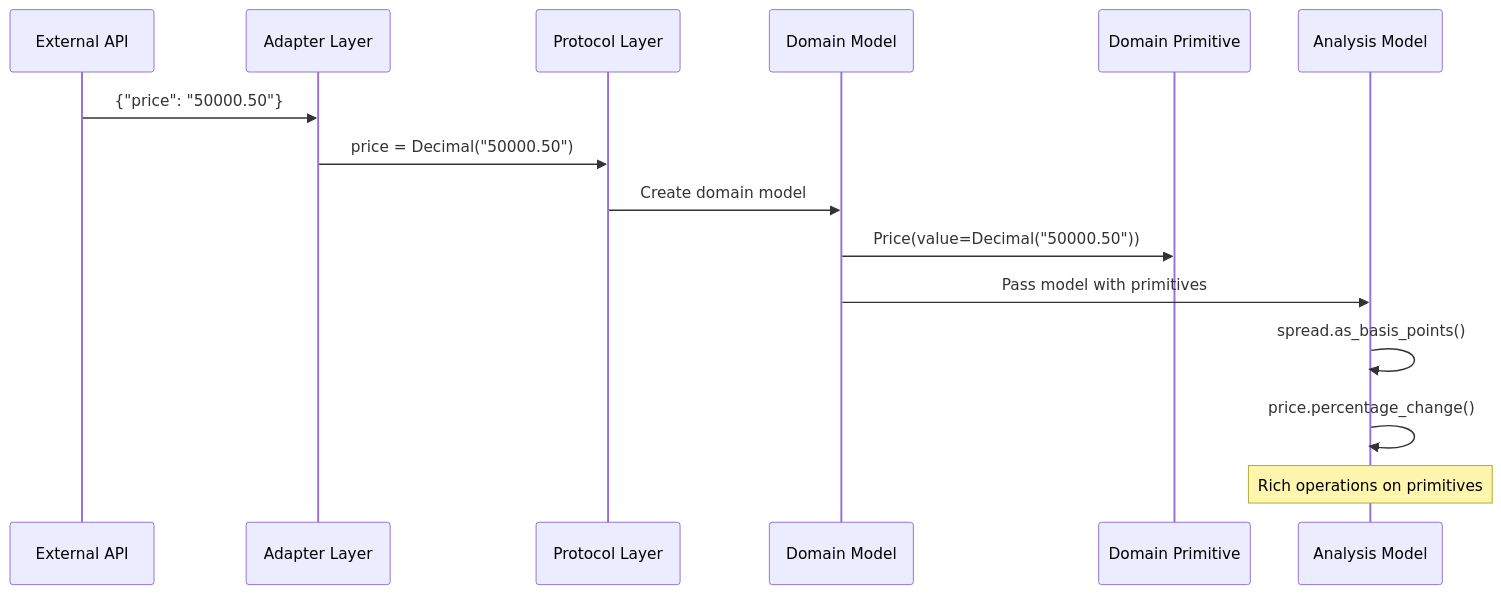
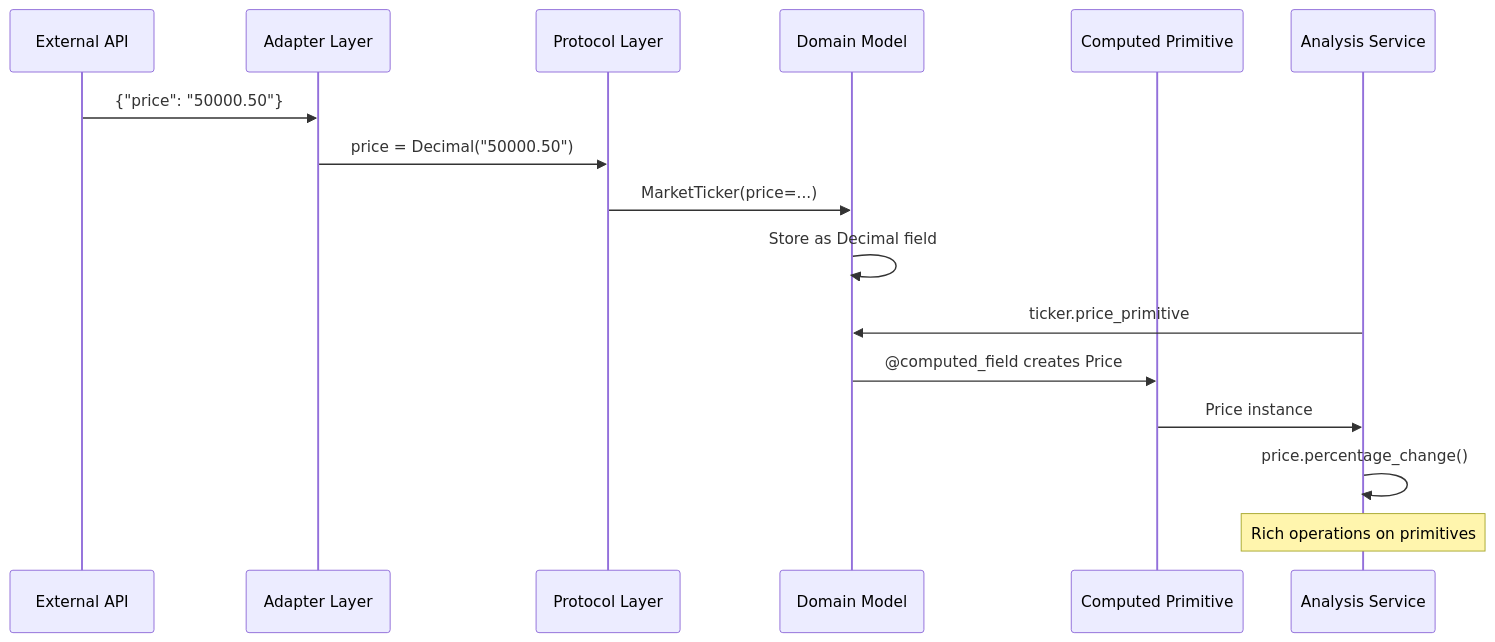
One commit to kylejtobin/cognitive-protocol-arch-market-service changed the fourth of 4 diagrams in docs/architecture/domain-primitives.md. Above: the diagram before and after it, drawn with Mermaid. The commit also changed other lines of this file and 3 other files, not shown here.

First line of the commit message:
feat: implement domain primitives with computed field pattern

````diff
--- a/docs/architecture/domain-primitives.md
+++ b/docs/architecture/domain-primitives.md
@@ -153,18 +198,19 @@
 ```mermaid
 sequenceDiagram
     participant API as External API
     participant Adapter as Adapter Layer
     participant Protocol as Protocol Layer
     participant Domain as Domain Model
-    participant Primitive as Domain Primitive
-    participant Analysis as Analysis Model
+    participant Primitive as Computed Primitive
+    participant Analysis as Analysis Service
 
     API->>Adapter: {"price": "50000.50"}
     Adapter->>Protocol: price = Decimal("50000.50")
-    Protocol->>Domain: Create domain model
-    Domain->>Primitive: Price(value=Decimal("50000.50"))
-    Domain->>Analysis: Pass model with primitives
-    Analysis->>Analysis: spread.as_basis_points()
+    Protocol->>Domain: MarketTicker(price=...)
+    Domain->>Domain: Store as Decimal field
+    Analysis->>Domain: ticker.price_primitive
+    Domain->>Primitive: @computed_field creates Price
+    Primitive->>Analysis: Price instance
     Analysis->>Analysis: price.percentage_change()
     Note over Analysis: Rich operations on primitives
 ```
````
